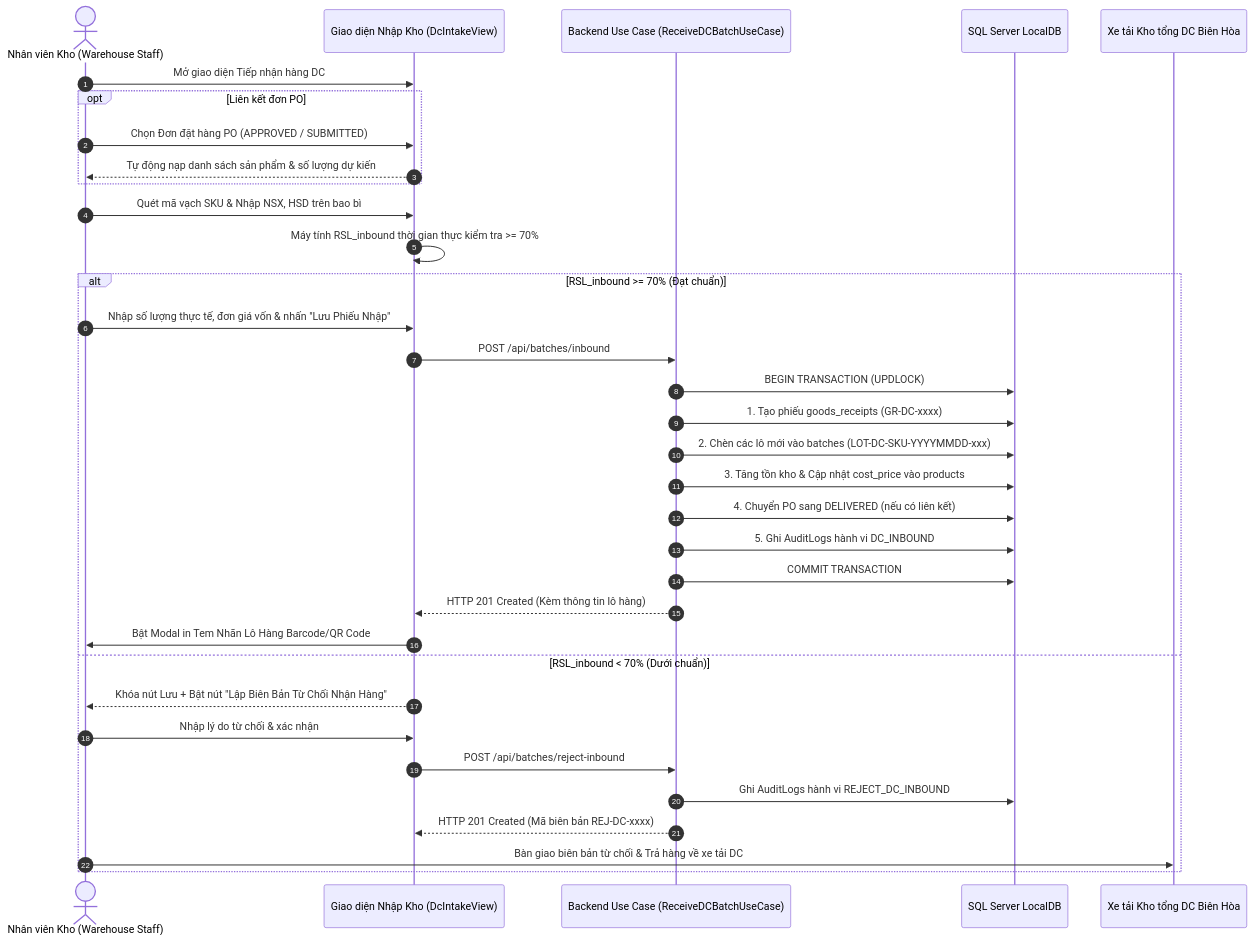
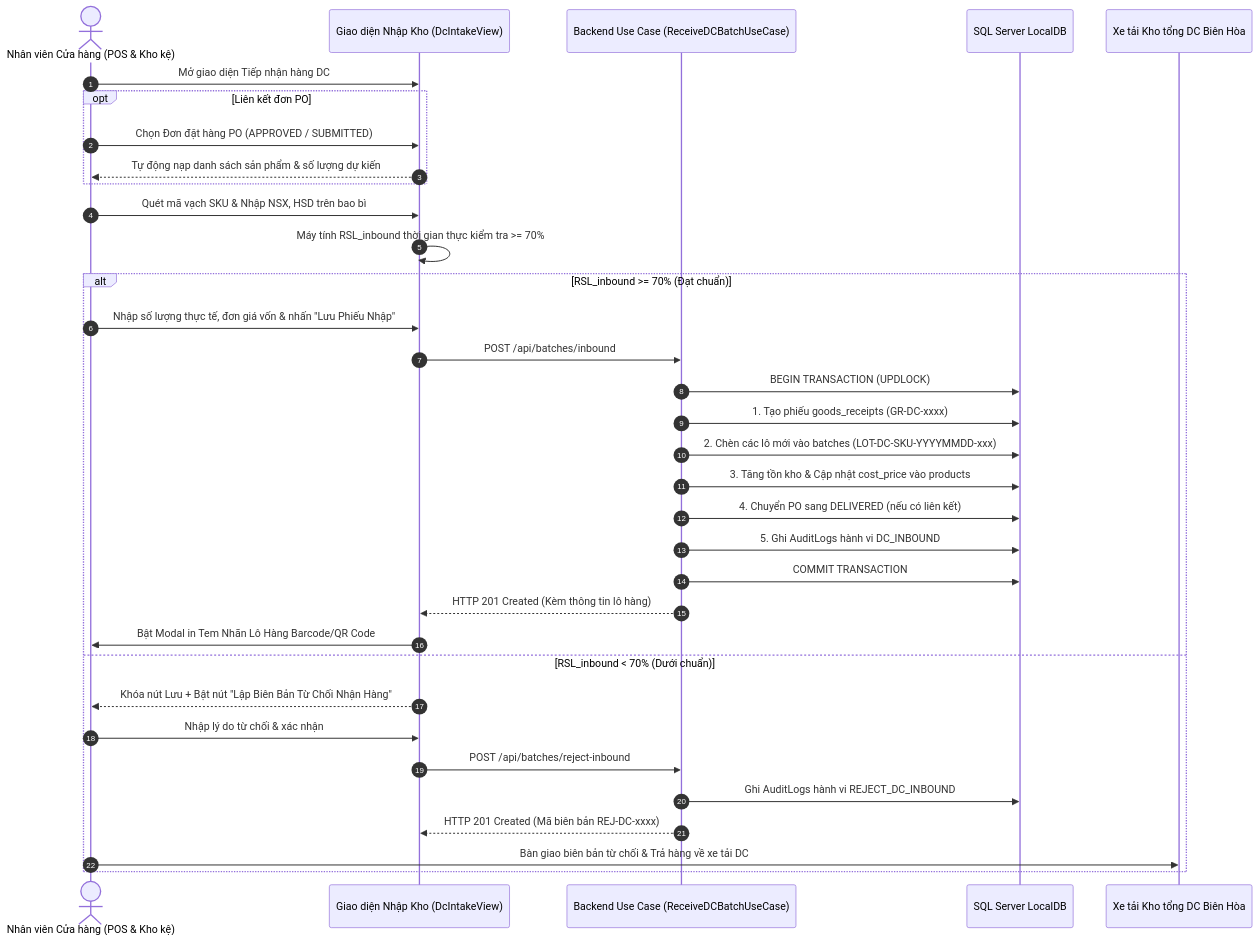
Before and after one commit to DoTanDu/supply-chain-spoilage-predictor: the second of 6 diagrams in Docs/Dac Ta He Thong Quan Ly Chuoi Cung Ung Chong Lang Phi - Supply Chain Spoilage Predictor.md, drawn with Mermaid. The commit also changed other lines of this file and 41 other files, not shown here.

````diff
--- a/Docs/Dac Ta He Thong Quan Ly Chuoi Cung Ung Chong Lang Phi - Supply Chain Spoilage Predictor.md
+++ b/Docs/Dac Ta He Thong Quan Ly Chuoi Cung Ung Chong Lang Phi - Supply Chain Spoilage Predictor.md
@@ -729,37 +713,37 @@
 ```mermaid
 sequenceDiagram
     autonumber
-    actor NV as Nhân viên Kho (Warehouse Staff)
+    actor NV as Nhân viên Cửa hàng (POS & Kho kệ)
     participant UI as Giao diện Nhập Kho (DcIntakeView)
     participant BE as Backend Use Case (ReceiveDCBatchUseCase)
     participant DB as SQL Server LocalDB
     participant DC as Xe tải Kho tổng DC Biên Hòa
 
     NV->>UI: Mở giao diện Tiếp nhận hàng DC
     opt Liên kết đơn PO
         NV->>UI: Chọn Đơn đặt hàng PO (APPROVED / SUBMITTED)
         UI-->>NV: Tự động nạp danh sách sản phẩm & số lượng dự kiến
     end
     NV->>UI: Quét mã vạch SKU & Nhập NSX, HSD trên bao bì
     UI->>UI: Máy tính RSL_inbound thời gian thực kiểm tra >= 70%
     alt RSL_inbound >= 70% (Đạt chuẩn)
         NV->>UI: Nhập số lượng thực tế, đơn giá vốn & nhấn "Lưu Phiếu Nhập"
         UI->>BE: POST /api/batches/inbound
         BE->>DB: BEGIN TRANSACTION (UPDLOCK)
         BE->>DB: 1. Tạo phiếu goods_receipts (GR-DC-xxxx)
         BE->>DB: 2. Chèn các lô mới vào batches (LOT-DC-SKU-YYYYMMDD-xxx)
         BE->>DB: 3. Tăng tồn kho & Cập nhật cost_price vào products
         BE->>DB: 4. Chuyển PO sang DELIVERED (nếu có liên kết)
         BE->>DB: 5. Ghi AuditLogs hành vi DC_INBOUND
         BE->>DB: COMMIT TRANSACTION
         BE-->>UI: HTTP 201 Created (Kèm thông tin lô hàng)
         UI->>NV: Bật Modal in Tem Nhãn Lô Hàng Barcode/QR Code
     else RSL_inbound < 70% (Dưới chuẩn)
         UI-->>NV: Khóa nút Lưu + Bật nút "Lập Biên Bản Từ Chối Nhận Hàng"
         NV->>UI: Nhập lý do từ chối & xác nhận
         UI->>BE: POST /api/batches/reject-inbound
         BE->>DB: Ghi AuditLogs hành vi REJECT_DC_INBOUND
         BE-->>UI: HTTP 201 Created (Mã biên bản REJ-DC-xxxx)
         NV->>DC: Bàn giao biên bản từ chối & Trả hàng về xe tải DC
     end
 ```
````
